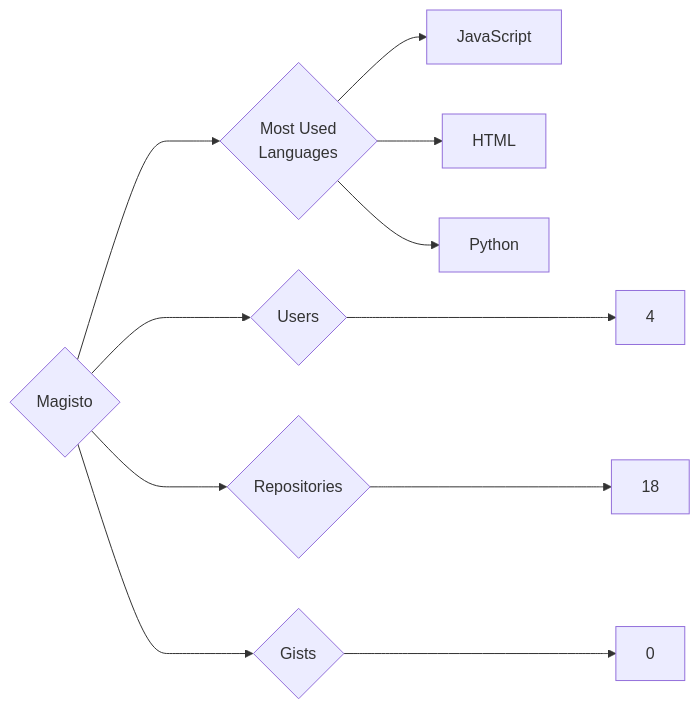
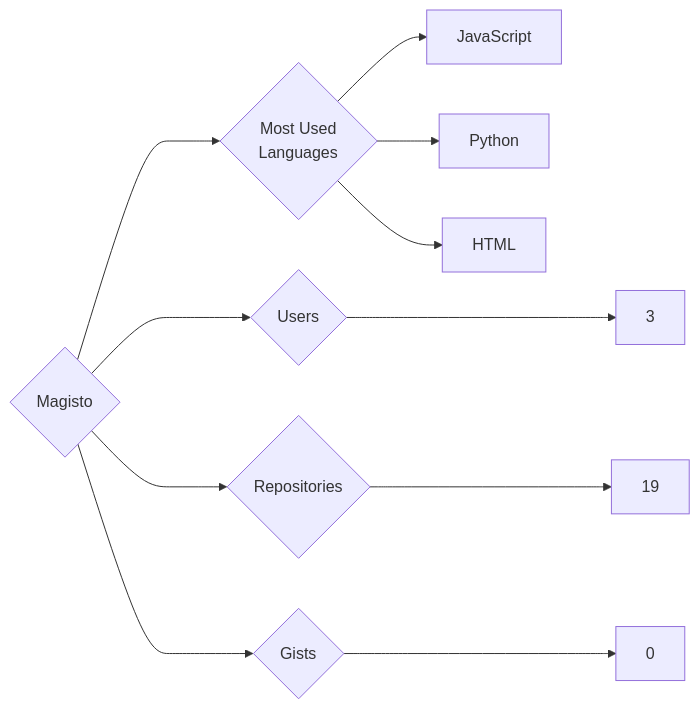
Before and after one commit to trickest/insiders: the diagram in targets/Magisto/README.md, drawn with Mermaid. The commit also changed 597 other files, not shown here.

````diff
--- a/targets/Magisto/README.md
+++ b/targets/Magisto/README.md
@@ -3,11 +3,11 @@
 ```mermaid
 graph LR
 COMPANY_NAME{Magisto}
-COMPANY_NAME ---> U{Users} ---> UN[4]
-COMPANY_NAME ---> R{Repositories} ---> RN[18]
+COMPANY_NAME ---> U{Users} ---> UN[3]
+COMPANY_NAME ---> R{Repositories} ---> RN[19]
 COMPANY_NAME ---> G{Gists} ---> GN[0]
 COMPANY_NAME ---> ML{Most Used<br>Languages}
 ML --> JavaScript[JavaScript]
+ML --> Python[Python]
 ML --> HTML[HTML]
-ML --> Python[Python]
 ```
````
